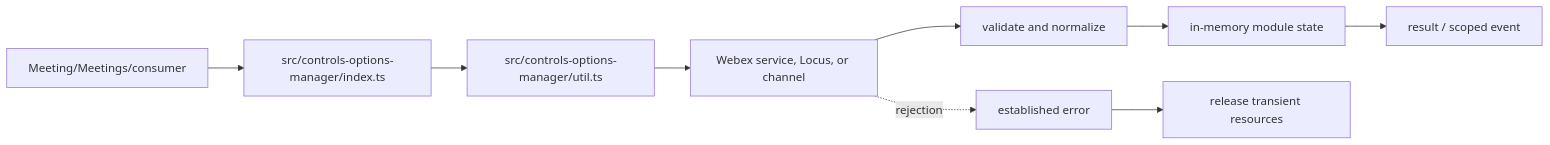
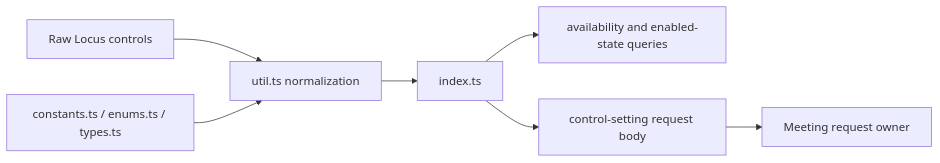
Before and after one commit to webex/webex-js-sdk: the first of 4 diagrams in packages/@webex/plugin-meetings/src/controls-options-manager/ai-docs/controls-options-manager-spec.md, drawn with Mermaid. The commit also changed other lines of this file and 26 other files, not shown here.

````diff
--- a/packages/@webex/plugin-meetings/src/controls-options-manager/ai-docs/controls-options-manager-spec.md
+++ b/packages/@webex/plugin-meetings/src/controls-options-manager/ai-docs/controls-options-manager-spec.md
@@ -96,11 +102,9 @@
 ```mermaid
 flowchart LR
-  Caller[Meeting/Meetings/consumer] --> Entry[src/controls-options-manager/index.ts]
-  Entry --> Support[src/controls-options-manager/util.ts]
-  Support --> Boundary[Webex service, Locus, or channel]
-  Boundary --> Normalize[validate and normalize]
-  Normalize --> State[in-memory module state]
-  State --> Output[result / scoped event]
-  Boundary -. rejection .-> Error[established error]
-  Error --> Cleanup[release transient resources]
+  Locus[Raw Locus controls] --> Util[util.ts normalization]
+  Util --> Manager[index.ts]
+  Types[constants.ts / enums.ts / types.ts] --> Util
+  Manager --> Query[availability and enabled-state queries]
+  Manager --> Body[control-setting request body]
+  Body --> Parent[Meeting request owner]
 ```
````
